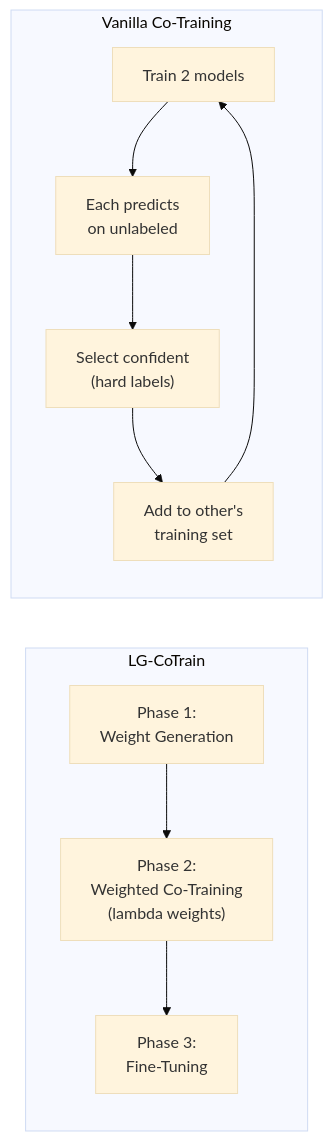
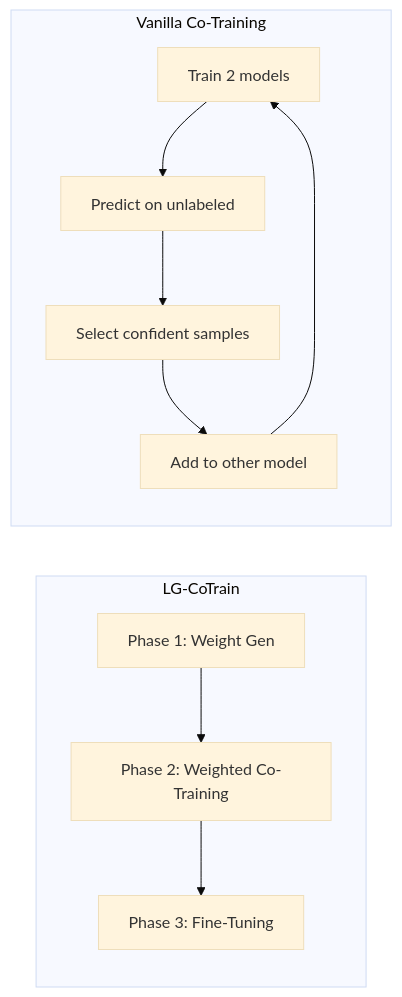
One commit to anhtranst/cotrain_crisisMMD changed the eighth of 8 diagrams in lg_cotrain/README.md. Above: the diagram before and after it, drawn with Mermaid (base theme). The commit also changed 1 other file, not shown here.

Commit message:
fix: mermaid comparison diagram rendering in both READMEs
Remove br tags and parentheses from node labels that break
GitHub's mermaid parser in the LG-CoTrain vs Vanilla comparison
diagrams.

````diff
--- a/lg_cotrain/README.md
+++ b/lg_cotrain/README.md
@@ -286,14 +286,14 @@
 ```mermaid
 graph LR
     subgraph "LG-CoTrain"
-        L1["Phase 1:<br/>Weight Generation"] --> L2["Phase 2:<br/>Weighted Co-Training<br/>(lambda weights)"]
-        L2 --> L3["Phase 3:<br/>Fine-Tuning"]
+        L1["Phase 1: Weight Gen"] --> L2["Phase 2: Weighted Co-Training"]
+        L2 --> L3["Phase 3: Fine-Tuning"]
     end
 
     subgraph "Vanilla Co-Training"
-        V1["Train 2 models"] --> V2["Each predicts<br/>on unlabeled"]
-        V2 --> V3["Select confident<br/>(hard labels)"]
-        V3 --> V4["Add to other's<br/>training set"]
+        V1["Train 2 models"] --> V2["Predict on unlabeled"]
+        V2 --> V3["Select confident samples"]
+        V3 --> V4["Add to other model"]
         V4 --> V1
     end
 ```
````
